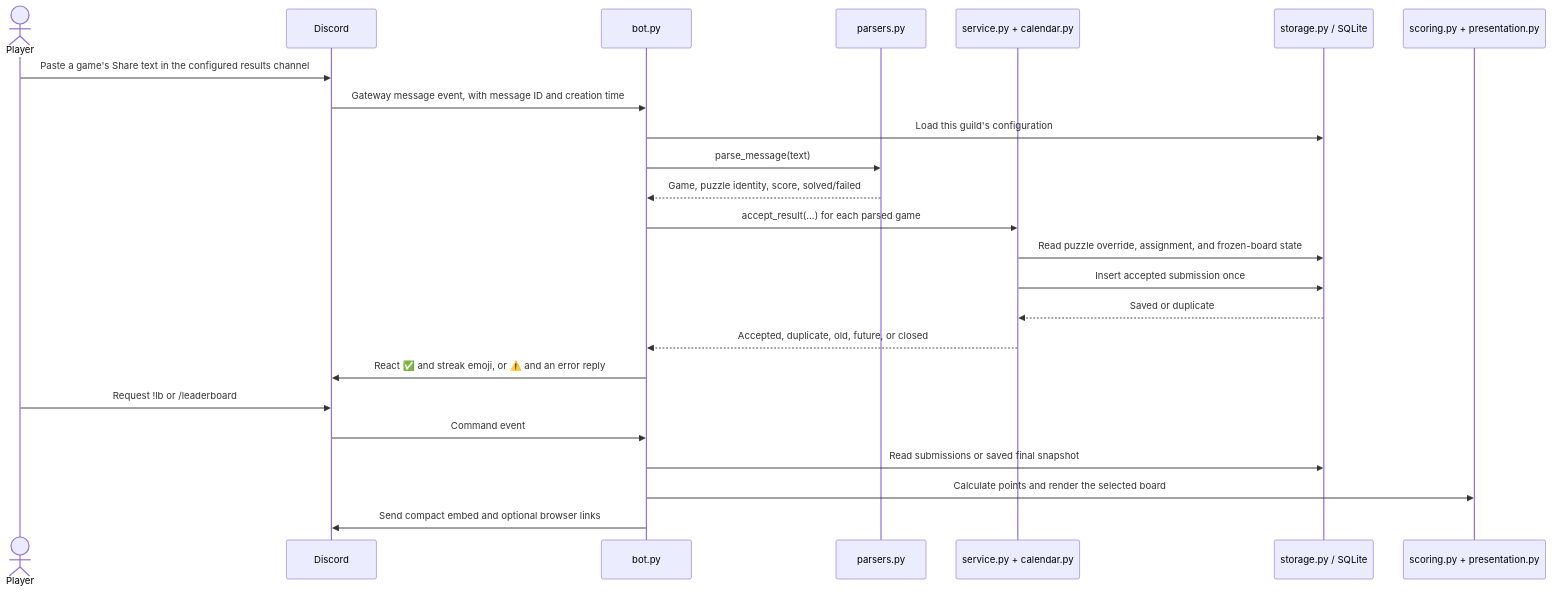
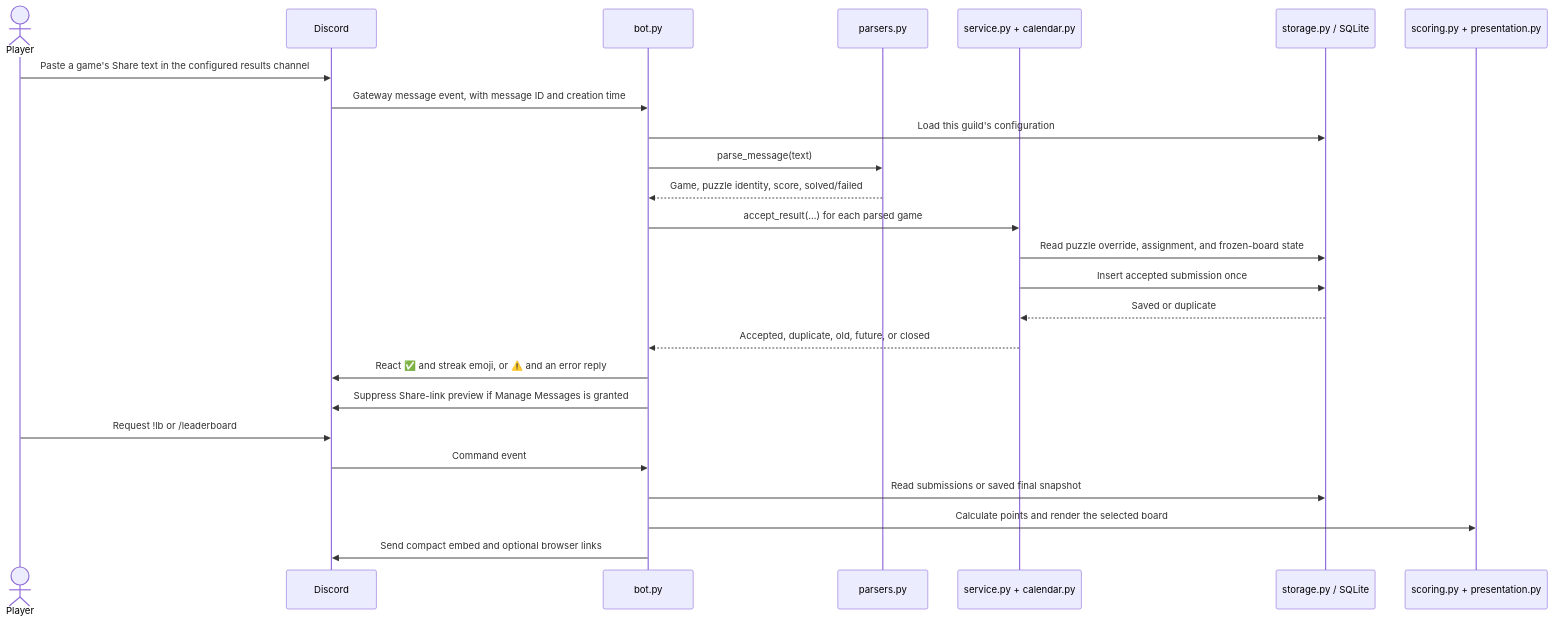
Before and after one commit to Stungler/Daily-Podium: the second of 2 diagrams in ARCHITECTURE.md, drawn with Mermaid. The commit also changed other lines of this file and 3 other files, not shown here.

Commit message:
feat: suppress link previews on game results

````diff
--- a/ARCHITECTURE.md
+++ b/ARCHITECTURE.md
@@ -56,27 +56,28 @@
 ```mermaid
 sequenceDiagram
     actor Player
     participant Discord
     participant Bot as bot.py
     participant Parser as parsers.py
     participant Rules as service.py + calendar.py
     participant Store as storage.py / SQLite
     participant View as scoring.py + presentation.py
 
     Player->>Discord: Paste a game's Share text in the configured results channel
     Discord->>Bot: Gateway message event, with message ID and creation time
     Bot->>Store: Load this guild's configuration
     Bot->>Parser: parse_message(text)
     Parser-->>Bot: Game, puzzle identity, score, solved/failed
     Bot->>Rules: accept_result(...) for each parsed game
     Rules->>Store: Read puzzle override, assignment, and frozen-board state
     Rules->>Store: Insert accepted submission once
     Store-->>Rules: Saved or duplicate
     Rules-->>Bot: Accepted, duplicate, old, future, or closed
     Bot->>Discord: React ✅ and streak emoji, or ⚠️ and an error reply
+    Bot->>Discord: Suppress Share-link preview if Manage Messages is granted
     Player->>Discord: Request !lb or /leaderboard
     Discord->>Bot: Command event
     Bot->>Store: Read submissions or saved final snapshot
     Bot->>View: Calculate points and render the selected board
     Bot->>Discord: Send compact embed and optional browser links
 ```
````
